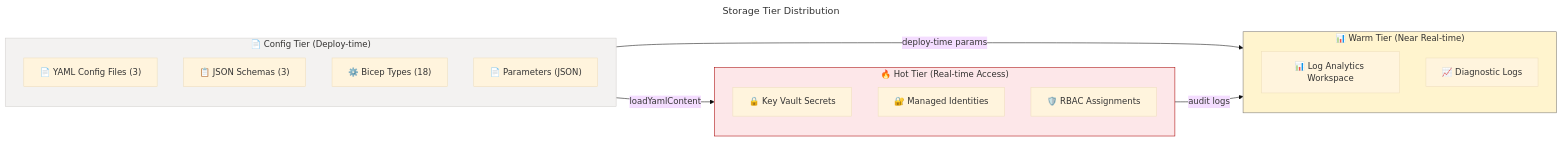
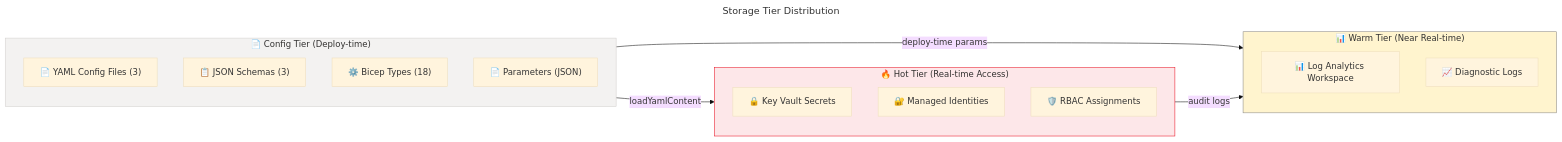
The second of 9 diagrams in docs/architecture/data-architecture.md (Evilazaro/DevExp-DevBox), drawn with Mermaid before and after one commit. The commit also changed other lines of this file, not shown here.

Commit message:
style: update color codes in flowcharts for improved visibility and consistency

````diff
--- a/docs/architecture/data-architecture.md
+++ b/docs/architecture/data-architecture.md
@@ -204,50 +204,50 @@
 ```mermaid
 ---
 title: Storage Tier Distribution
 config:
   theme: base
   look: classic
   layout: dagre
   themeVariables:
     fontSize: '16px'
 ---
 flowchart LR
     %% ═══════════════════════════════════════════════════════════════════════════
     %% AZURE / FLUENT ARCHITECTURE PATTERN v1.1
     %% (Semantic + Structural + Font + Accessibility Governance)
     %% ═══════════════════════════════════════════════════════════════════════════
     %% PHASE 1 - STRUCTURAL: Direction explicit, flat topology, nesting ≤ 3
     %% PHASE 2 - SEMANTIC: Colors justified, max 5 semantic classes, neutral-first
     %% PHASE 3 - FONT: Dark text on light backgrounds, contrast ≥ 4.5:1
     %% PHASE 4 - ACCESSIBILITY: accTitle/accDescr present, icons on all nodes
     %% PHASE 5 - STANDARD: Governance block present, classDefs centralized
     %% ═══════════════════════════════════════════════════════════════════════════
 
     accTitle: Storage Tier Distribution
     accDescr: Distribution of data assets across storage tiers from hot operational to cold configuration
 
     subgraph HOT["🔥 Hot Tier (Real-time Access)"]
         H1["🔒 Key Vault Secrets"]
         H2["🔐 Managed Identities"]
         H3["🛡️ RBAC Assignments"]
     end
-    style HOT fill:#FDE7E9,stroke:#A80000,color:#323130
+    style HOT fill:#FDE7E9,stroke:#E81123,color:#323130
 
     subgraph WARM["📊 Warm Tier (Near Real-time)"]
         W1["📊 Log Analytics Workspace"]
         W2["📈 Diagnostic Logs"]
     end
-    style WARM fill:#FFF4CE,stroke:#797673,color:#323130
+    style WARM fill:#FFF4CE,stroke:#8A8886,color:#323130
 
     subgraph CONFIG["📄 Config Tier (Deploy-time)"]
         C1["📄 YAML Config Files (3)"]
         C2["📋 JSON Schemas (3)"]
         C3["⚙️ Bicep Types (18)"]
         C4["📄 Parameters (JSON)"]
     end
     style CONFIG fill:#F3F2F1,stroke:#D2D0CE,color:#323130
 
     CONFIG -->|"loadYamlContent"| HOT
     CONFIG -->|"deploy-time params"| WARM
     HOT -->|"audit logs"| WARM
 ```
````
